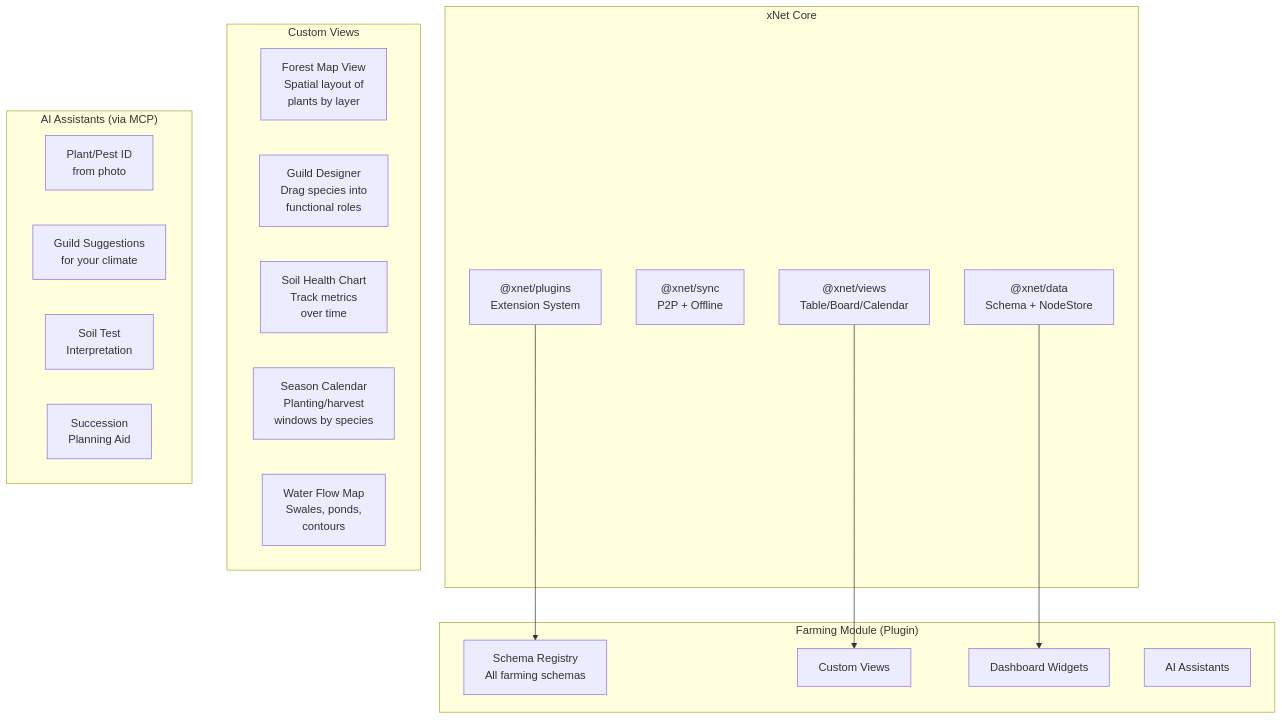
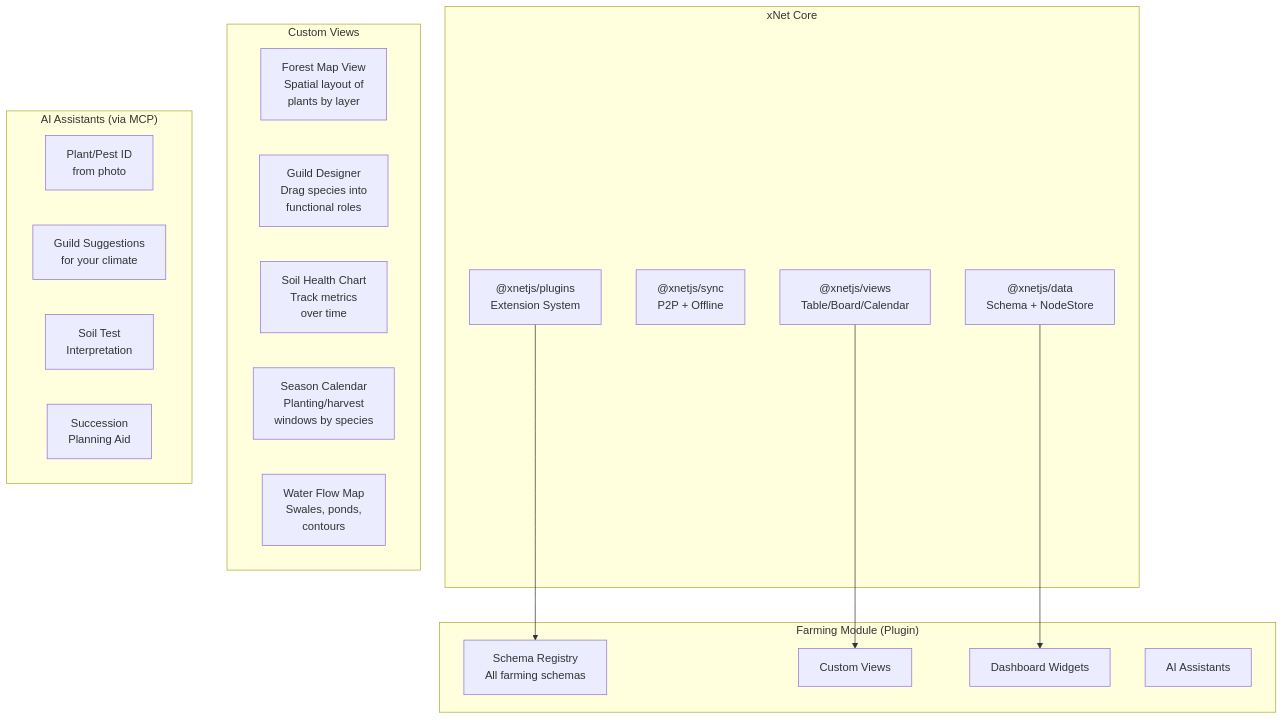
Before and after one commit to crs48/xNet: the eighth of 9 diagrams in docs/explorations/0020_[_]_REGENERATIVE_FARMING_ERP.md, drawn with Mermaid. The commit also changed 980 other files, not shown here.

````diff
--- a/docs/explorations/0020_[_]_REGENERATIVE_FARMING_ERP.md
+++ b/docs/explorations/0020_[_]_REGENERATIVE_FARMING_ERP.md
@@ -732,35 +732,35 @@
 ```mermaid
 flowchart TD
     subgraph "xNet Core"
-        DATA["@xnet/data<br/>Schema + NodeStore"]
-        SYNC["@xnet/sync<br/>P2P + Offline"]
-        VIEWS["@xnet/views<br/>Table/Board/Calendar"]
-        PLUGINS["@xnet/plugins<br/>Extension System"]
+        DATA["@xnetjs/data<br/>Schema + NodeStore"]
+        SYNC["@xnetjs/sync<br/>P2P + Offline"]
+        VIEWS["@xnetjs/views<br/>Table/Board/Calendar"]
+        PLUGINS["@xnetjs/plugins<br/>Extension System"]
     end
 
     subgraph "Farming Module (Plugin)"
         REG["Schema Registry<br/>All farming schemas"]
         CUSTOM_VIEWS["Custom Views"]
         WIDGETS["Dashboard Widgets"]
         AI["AI Assistants"]
     end
 
     PLUGINS --> REG
     VIEWS --> CUSTOM_VIEWS
     DATA --> WIDGETS
 
     subgraph "Custom Views"
         FOREST_MAP["Forest Map View<br/>Spatial layout of<br/>plants by layer"]
         GUILD_DESIGNER["Guild Designer<br/>Drag species into<br/>functional roles"]
         SOIL_CHART["Soil Health Chart<br/>Track metrics<br/>over time"]
         SEASON_CALENDAR["Season Calendar<br/>Planting/harvest<br/>windows by species"]
         WATER_MAP["Water Flow Map<br/>Swales, ponds,<br/>contours"]
     end
 
     subgraph "AI Assistants (via MCP)"
         PLANT_ID["Plant/Pest ID<br/>from photo"]
         GUILD_SUGGEST["Guild Suggestions<br/>for your climate"]
         SOIL_INTERPRET["Soil Test<br/>Interpretation"]
         SUCCESSION["Succession<br/>Planning Aid"]
     end
 ```
````
